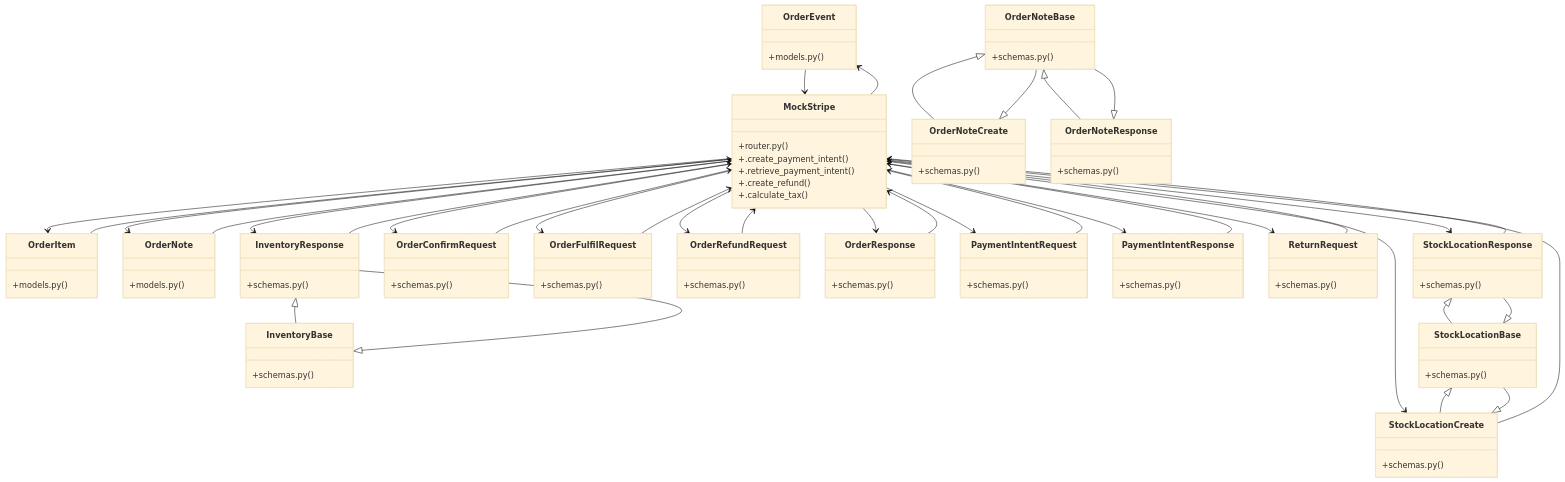
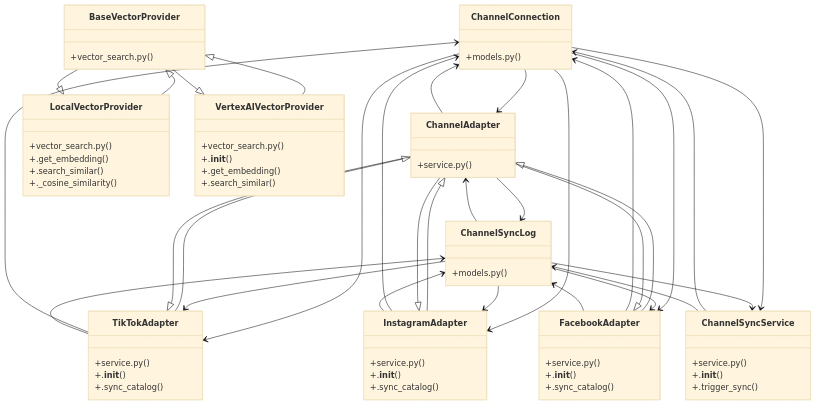
One commit to IHKodifier/kloudshop changed the diagram in graphify-out/wiki/Community_15.md. Above: the diagram before and after it, drawn with Mermaid (base theme). The commit also changed other lines of this file and 59 other files, not shown here.

Commit message:
committing graphify created junk to be able to update dev and check out new branch from dev

````diff
--- a/graphify-out/wiki/Community_15.md
+++ b/graphify-out/wiki/Community_15.md
@@ -36,100 +36,77 @@
 ```mermaid
 classDiagram
-    class OrderEvent {
+    class ChannelConnection {
         +models.py()
     }
-    class OrderItem {
+    class ChannelSyncLog {
         +models.py()
     }
-    class OrderNote {
-        +models.py()
+    class ChannelAdapter {
+        +service.py()
     }
-    class MockStripe {
-        +router.py()
-        +.create_payment_intent()
-        +.retrieve_payment_intent()
-        +.create_refund()
-        +.calculate_tax()
+    class ChannelSyncService {
+        +service.py()
+        +.__init__()
+        +.trigger_sync()
     }
-    class InventoryBase {
-        +schemas.py()
+    class FacebookAdapter {
+        +service.py()
+        +.__init__()
+        +.sync_catalog()
     }
-    class InventoryResponse {
-        +schemas.py()
+    class InstagramAdapter {
+        +service.py()
+        +.__init__()
+        +.sync_catalog()
     }
-    class OrderConfirmRequest {
-        +schemas.py()
+    class TikTokAdapter {
+        +service.py()
+        +.__init__()
+        +.sync_catalog()
     }
-    class OrderFulfilRequest {
-        +schemas.py()
+    class BaseVectorProvider {
+        +vector_search.py()
     }
-    class OrderNoteBase {
-        +schemas.py()
+    class LocalVectorProvider {
+        +vector_search.py()
+        +.get_embedding()
+        +.search_similar()
+        +._cosine_similarity()
     }
-    class OrderNoteCreate {
-        +schemas.py()
+    class VertexAIVectorProvider {
+        +vector_search.py()
+        +.__init__()
+        +.get_embedding()
+        +.search_similar()
     }
-    class OrderNoteResponse {
-        +schemas.py()
-    }
-    class OrderRefundRequest {
-        +schemas.py()
-    }
-    class OrderResponse {
-        +schemas.py()
-    }
-    class PaymentIntentRequest {
-        +schemas.py()
-    }
-    class PaymentIntentResponse {
-        +schemas.py()
-    }
-    class ReturnRequest {
-        +schemas.py()
-    }
-    class StockLocationBase {
-        +schemas.py()
-    }
-    class StockLocationCreate {
-        +schemas.py()
-    }
-    class StockLocationResponse {
-        +schemas.py()
-    }
-    OrderEvent --> MockStripe
-    OrderItem --> MockStripe
-    OrderNote --> MockStripe
-    MockStripe --> OrderItem
-    MockStripe --> OrderEvent
-    MockStripe --> OrderNote
-    MockStripe --> OrderResponse
-    MockStripe --> PaymentIntentRequest
-    MockStripe --> PaymentIntentResponse
-    MockStripe --> OrderConfirmRequest
-    MockStripe --> StockLocationResponse
-    MockStripe --> StockLocationCreate
-    MockStripe --> InventoryResponse
-    MockStripe --> OrderFulfilRequest
-    MockStripe --> OrderRefundRequest
-    MockStripe --> ReturnRequest
-    InventoryResponse <|-- InventoryBase
-    InventoryBase <|-- InventoryResponse
-    InventoryResponse --> MockStripe
-    OrderConfirmRequest --> MockStripe
-    OrderFulfilRequest --> MockStripe
-    OrderNoteCreate <|-- OrderNoteBase
-    OrderNoteResponse <|-- OrderNoteBase
-    OrderNoteBase <|-- OrderNoteCreate
-    OrderNoteBase <|-- OrderNoteResponse
-    OrderRefundRequest --> MockStripe
-    OrderResponse --> MockStripe
-    PaymentIntentRequest --> MockStripe
-    PaymentIntentResponse --> MockStripe
-    ReturnRequest --> MockStripe
-    StockLocationCreate <|-- StockLocationBase
-    StockLocationResponse <|-- StockLocationBase
-    StockLocationBase <|-- StockLocationCreate
-    StockLocationCreate --> MockStripe
-    StockLocationBase <|-- StockLocationResponse
-    StockLocationResponse --> MockStripe
+    ChannelConnection --> ChannelAdapter
+    ChannelConnection --> TikTokAdapter
+    ChannelConnection --> InstagramAdapter
+    ChannelConnection --> FacebookAdapter
+    ChannelConnection --> ChannelSyncService
+    ChannelSyncLog --> ChannelAdapter
+    ChannelSyncLog --> TikTokAdapter
+    ChannelSyncLog --> InstagramAdapter
+    ChannelSyncLog --> FacebookAdapter
+    ChannelSyncLog --> ChannelSyncService
+    TikTokAdapter <|-- ChannelAdapter
+    InstagramAdapter <|-- ChannelAdapter
+    FacebookAdapter <|-- ChannelAdapter
+    ChannelAdapter --> ChannelConnection
+    ChannelAdapter --> ChannelSyncLog
+    ChannelSyncService --> ChannelConnection
+    ChannelSyncService --> ChannelSyncLog
+    ChannelAdapter <|-- FacebookAdapter
+    FacebookAdapter --> ChannelConnection
+    FacebookAdapter --> ChannelSyncLog
+    ChannelAdapter <|-- InstagramAdapter
+    InstagramAdapter --> ChannelConnection
+    InstagramAdapter --> ChannelSyncLog
+    ChannelAdapter <|-- TikTokAdapter
+    TikTokAdapter --> ChannelConnection
+    TikTokAdapter --> ChannelSyncLog
+    LocalVectorProvider <|-- BaseVectorProvider
+    VertexAIVectorProvider <|-- BaseVectorProvider
+    BaseVectorProvider <|-- LocalVectorProvider
+    BaseVectorProvider <|-- VertexAIVectorProvider
 ```
````
